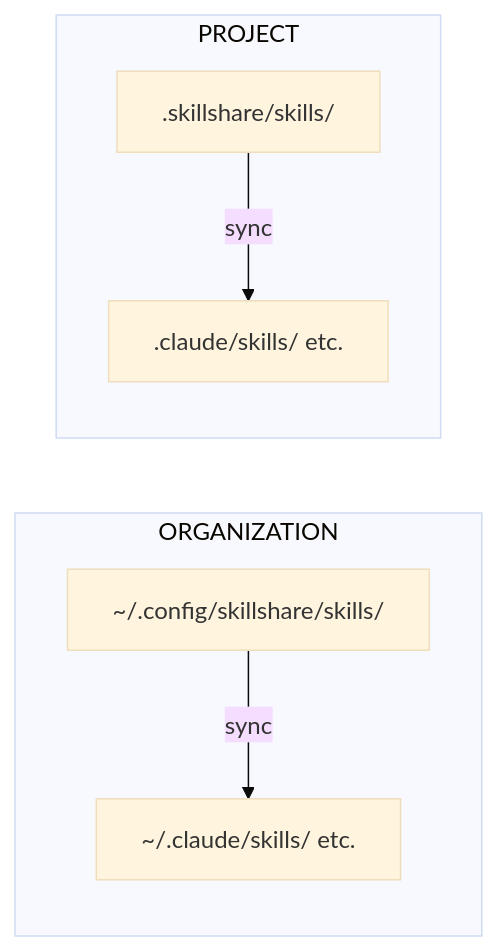
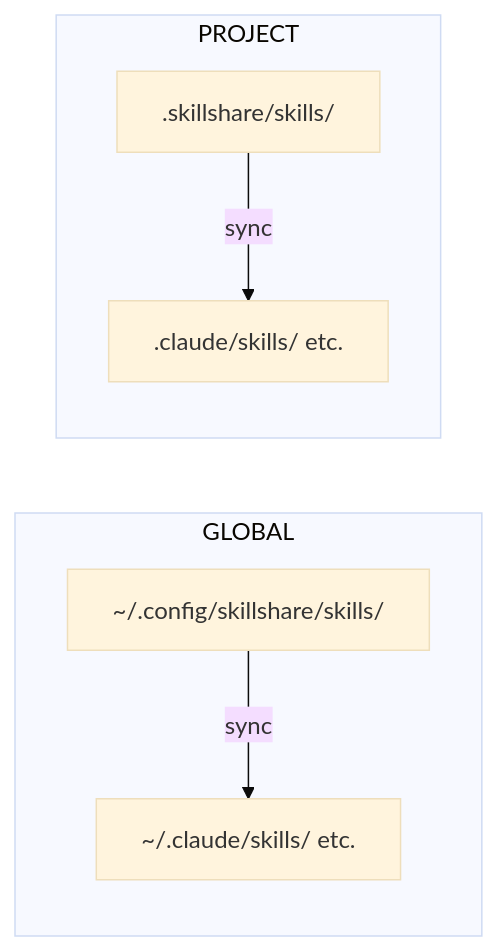
One commit to AdamMagued/skillshare changed the diagram in website/docs/intro.md. Above: the diagram before and after it, drawn with Mermaid (base theme). The commit also changed other lines of this file and 34 other files, not shown here.

````diff
--- a/website/docs/intro.md
+++ b/website/docs/intro.md
@@ -60,10 +56,10 @@
 ```mermaid
 flowchart LR
-    subgraph ORG["ORGANIZATION"]
+    subgraph ORG["GLOBAL"]
         ORG_SRC["~/.config/skillshare/skills/"] -- sync --> ORG_TGT["~/.claude/skills/ etc."]
     end
 
     subgraph PROJ["PROJECT"]
         PROJ_SRC[".skillshare/skills/"] -- sync --> PROJ_TGT[".claude/skills/ etc."]
     end
 ```
````
